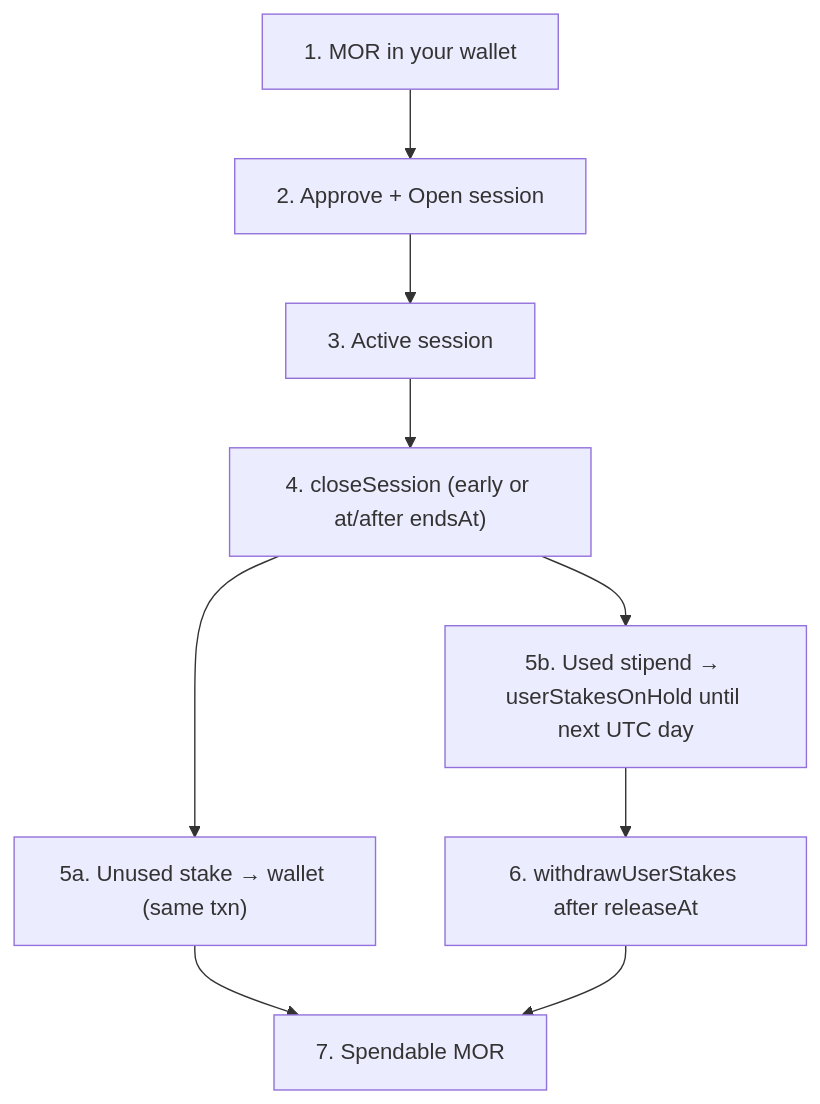
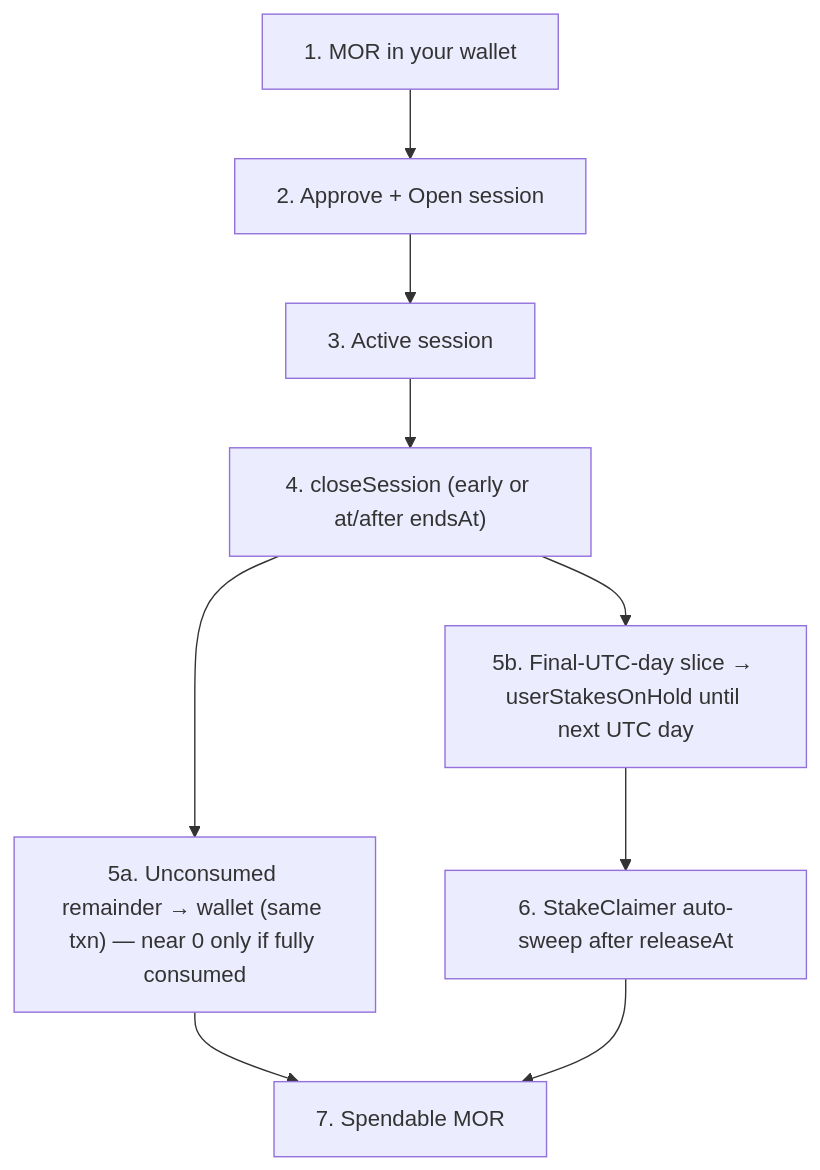
One commit to cowboycoderhq/Morpheus-Lumerin-Node changed the first of 2 diagrams in docs/concepts/sessions-stake-close-recover.mdx. Above: the diagram before and after it, drawn with Mermaid. The commit also changed other lines of this file and 78 other files, not shown here.

````diff
--- a/docs/concepts/sessions-stake-close-recover.mdx
+++ b/docs/concepts/sessions-stake-close-recover.mdx
@@ -17,11 +17,11 @@
 ```mermaid
 flowchart TB
   Wallet1["1. MOR in your wallet"] --> Open["2. Approve + Open session"]
   Open --> Active["3. Active session"]
   Active --> Close["4. closeSession (early or at/after endsAt)"]
-  Close --> Immediate["5a. Unused stake → wallet (same txn)"]
-  Close --> Hold["5b. Used stipend → userStakesOnHold until next UTC day"]
-  Hold --> Claim["6. withdrawUserStakes after releaseAt"]
+  Close --> Immediate["5a. Unconsumed remainder → wallet (same txn) — near 0 only if fully consumed"]
+  Close --> Hold["5b. Final-UTC-day slice → userStakesOnHold until next UTC day"]
+Hold --> Claim["6. StakeClaimer auto-sweep after releaseAt"]
   Immediate --> Wallet2["7. Spendable MOR"]
   Claim --> Wallet2
 ```
````
